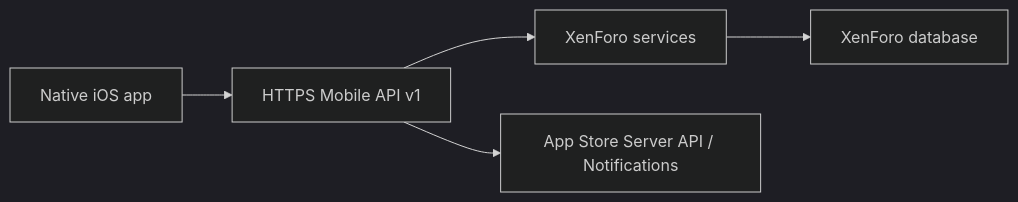
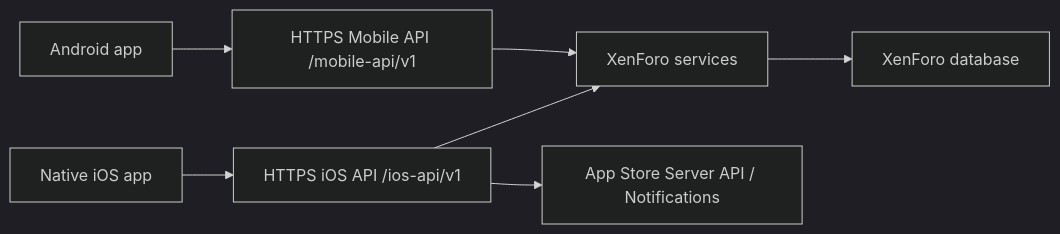
The diagram in ARCHITECTURE.md (Yeppudaa/ekitapligimios), drawn with Mermaid (dark theme) before and after one commit. The commit also changed other lines of this file and 94 other files, not shown here.

````diff
--- a/ARCHITECTURE.md
+++ b/ARCHITECTURE.md
@@ -4,7 +4,9 @@
 ```mermaid
 flowchart LR
-  IOS["Native iOS app"] --> API["HTTPS Mobile API v1"]
-  API --> XF["XenForo services"]
+  IOS["Native iOS app"] --> IosAPI["HTTPS iOS API /ios-api/v1"]
+  Android["Android app"] --> MobileAPI["HTTPS Mobile API /mobile-api/v1"]
+  IosAPI --> XF["XenForo services"]
+  MobileAPI --> XF
   XF --> DB["XenForo database"]
-  API --> STORE["App Store Server API / Notifications"]
+  IosAPI --> STORE["App Store Server API / Notifications"]
 ```
````
